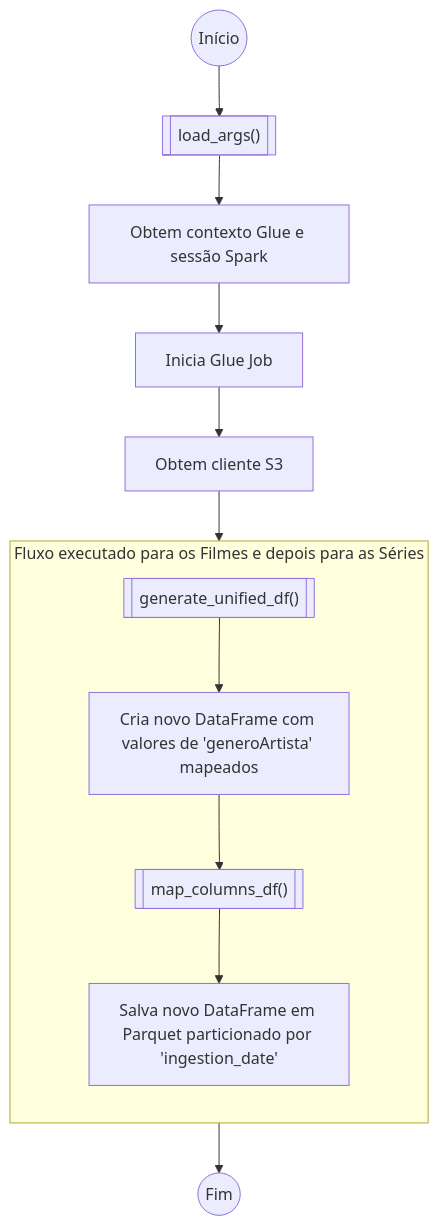
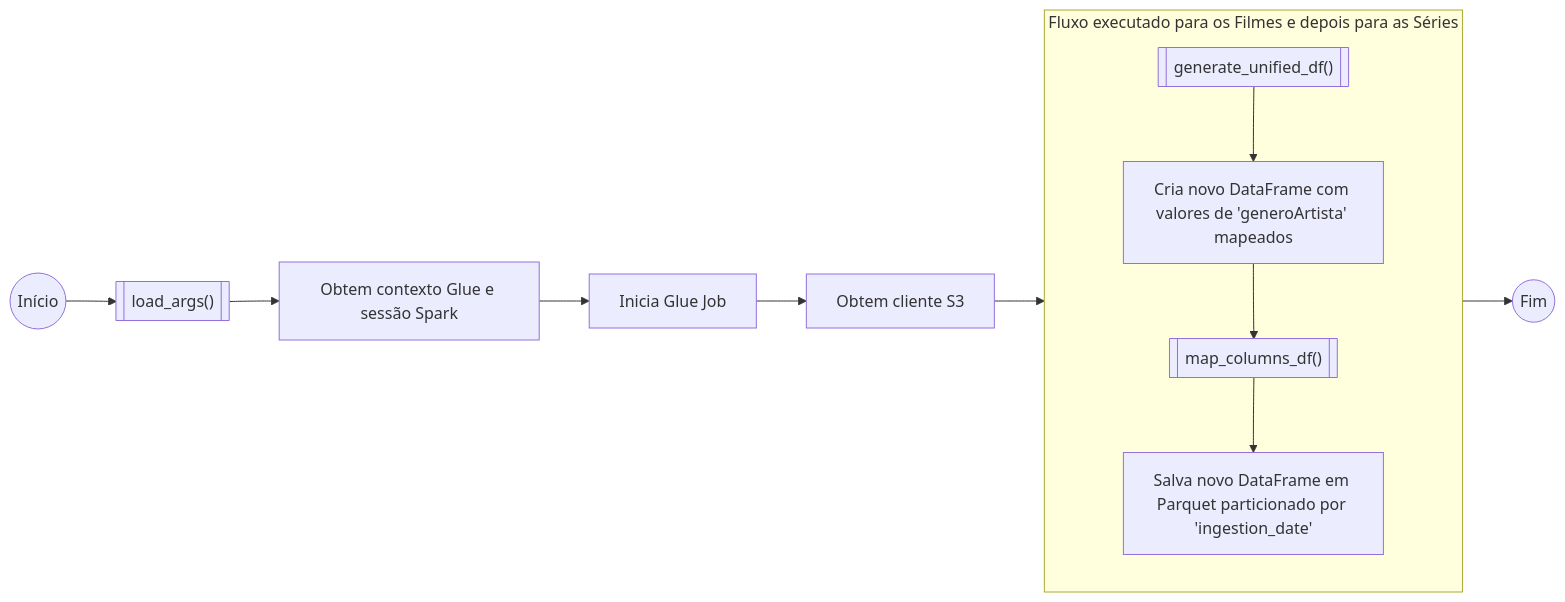
Before and after one commit to GustavCampos/Programa-de-bolsas-Compasso: the sixth of 7 diagrams in Sprint 8/Desafios/README.md, drawn with Mermaid. The commit also changed other lines of this file and 1 other file, not shown here.

Commit message:
Documentation Update: Flow explanation refactor

````diff
--- a/Sprint 8/Desafios/README.md
+++ b/Sprint 8/Desafios/README.md
@@ -184,30 +254,30 @@
 ```mermaid
-flowchart TB
+flowchart LR
     start((Início))
     flow_end((Fim))
     load_params[["load_args()"]]
     ctx[Obtem contexto Glue e sessão Spark]
     job_init[Inicia Glue Job]
     s3_client[Obtem cliente S3]
 
     start --> load_params
     load_params --> ctx
     ctx --> job_init
     job_init --> s3_client
 
     subgraph movie["Fluxo executado para os Filmes e depois para as Séries"]
         direction TB
 
         get_df[["generate_unified_df()"]]
         map_genre[Cria novo DataFrame com valores de 'generoArtista' mapeados]
         map[["map_columns_df()"]]
         save["Salva novo DataFrame em Parquet particionado por 'ingestion_date'"]
 
         get_df --> map_genre
         map_genre --> map
         map --> save
     end
 
     s3_client --> movie
     movie --> flow_end
 ```
````
